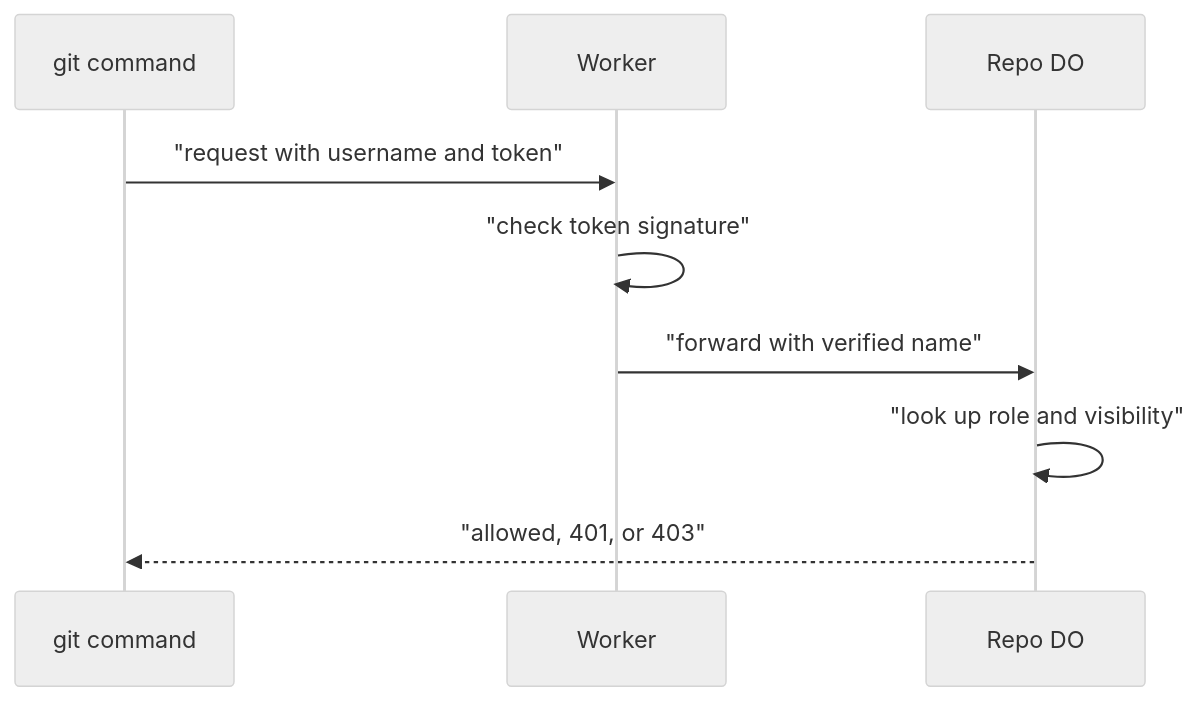
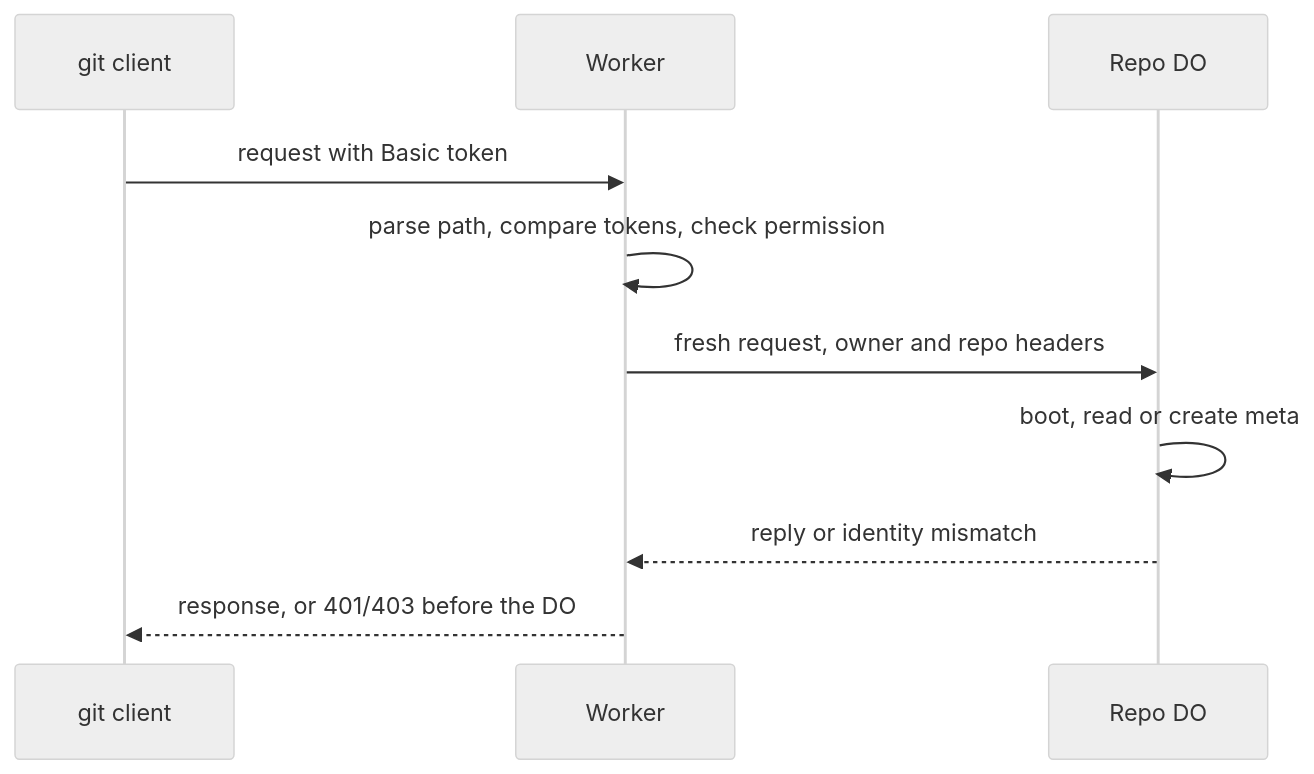
The diagram in plain/auth-and-multitenancy.md (idl3/git-edge), drawn with Mermaid (neutral theme) before and after one commit. The commit also changed other lines of this file and 65 other files, not shown here.

````diff
--- a/plain/auth-and-multitenancy.md
+++ b/plain/auth-and-multitenancy.md
@@ -24,11 +28,12 @@
 ```mermaid
 sequenceDiagram
-    participant G as git command
-    participant W as Worker
-    participant D as Repo DO
-    G->>W: "request with username and token"
-    W->>W: "check token signature"
-    W->>D: "forward with verified name"
-    D->>D: "look up role and visibility"
-    D-->>G: "allowed, 401, or 403"
+    participant Client as git client
+    participant Worker
+    participant DO as Repo DO
+    Client->>Worker: request with Basic token
+    Worker->>Worker: parse path, compare tokens, check permission
+    Worker->>DO: fresh request, owner and repo headers
+    DO->>DO: boot, read or create meta
+    DO-->>Worker: reply or identity mismatch
+    Worker-->>Client: response, or 401/403 before the DO
 ```
````
